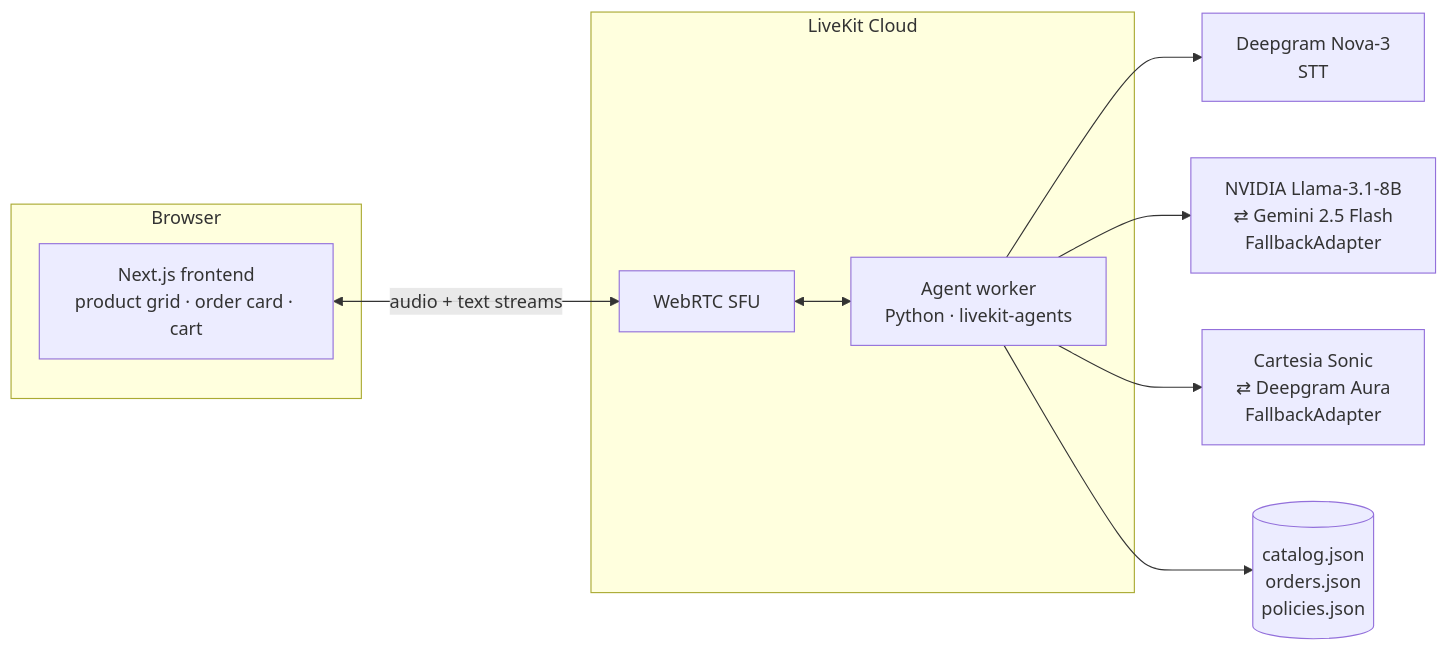
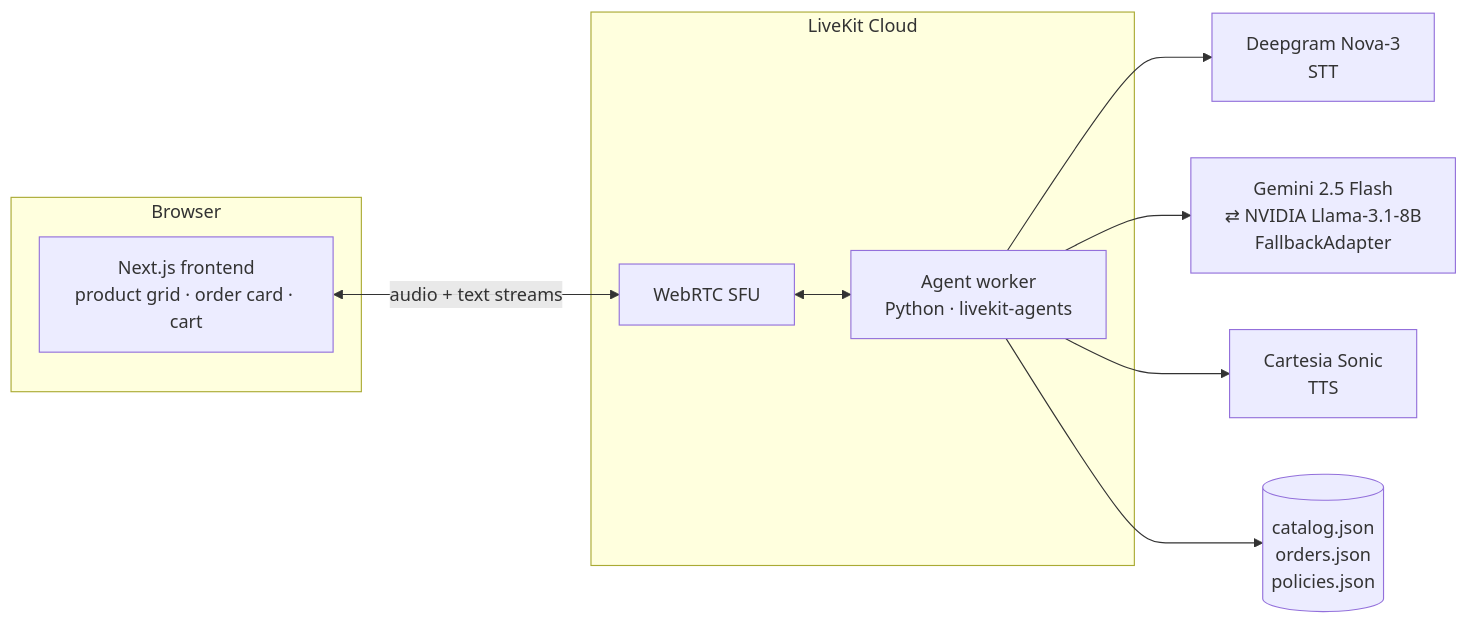
One commit to moushmirao30/ecom-voicebot changed the diagram in README.md. Above: the diagram before and after it, drawn with Mermaid. The commit also changed other lines of this file, not shown here.

````diff
--- a/README.md
+++ b/README.md
@@ -22,15 +24,15 @@
 ```mermaid
 flowchart LR
     subgraph Browser
         UI[Next.js frontend<br/>product grid · order card · cart]
     end
     subgraph LiveKit Cloud
         SFU[WebRTC SFU]
         Agent[Agent worker<br/>Python · livekit-agents]
     end
     UI <-->|audio + text streams| SFU <--> Agent
     Agent --> STT[Deepgram Nova-3<br/>STT]
-    Agent --> LLM[NVIDIA Llama-3.1-8B<br/>⇄ Gemini 2.5 Flash<br/>FallbackAdapter]
-    Agent --> TTS[Cartesia Sonic<br/>⇄ Deepgram Aura<br/>FallbackAdapter]
+    Agent --> LLM[Gemini 2.5 Flash<br/>⇄ NVIDIA Llama-3.1-8B<br/>FallbackAdapter]
+    Agent --> TTS[Cartesia Sonic<br/>TTS]
     Agent --> Data[(catalog.json<br/>orders.json<br/>policies.json)]
 ```
````
